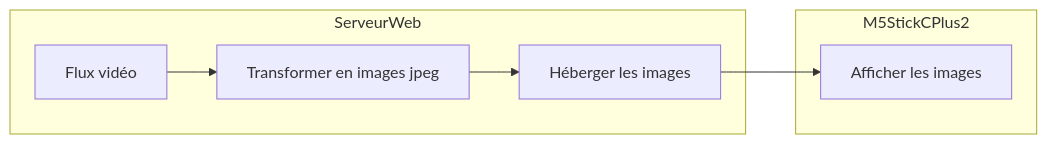
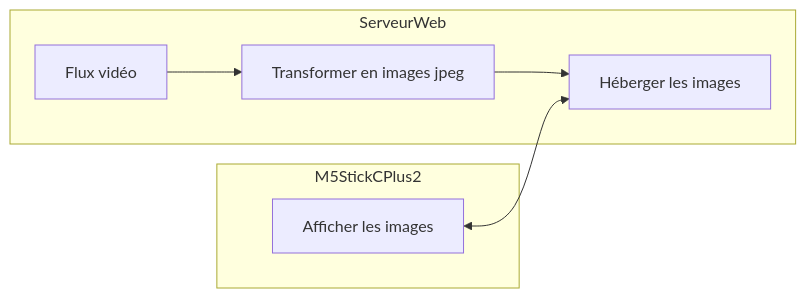
Before and after one commit to arbona-robin/M5Stick: the diagram in video_stream/README.md, drawn with Mermaid. The commit also changed other lines of this file, not shown here.

````diff
--- a/video_stream/README.md
+++ b/video_stream/README.md
@@ -32,14 +28,14 @@
 ```mermaid
 graph LR
 
     subgraph ServeurWeb
         A[Flux vidéo] --> B[Transformer en images jpeg]
         B --> C[Héberger les images]
     end
     
     subgraph M5StickCPlus2
         D[Afficher les images]
     end
 
-    C --> D
+    D <--> C
 ```
````
